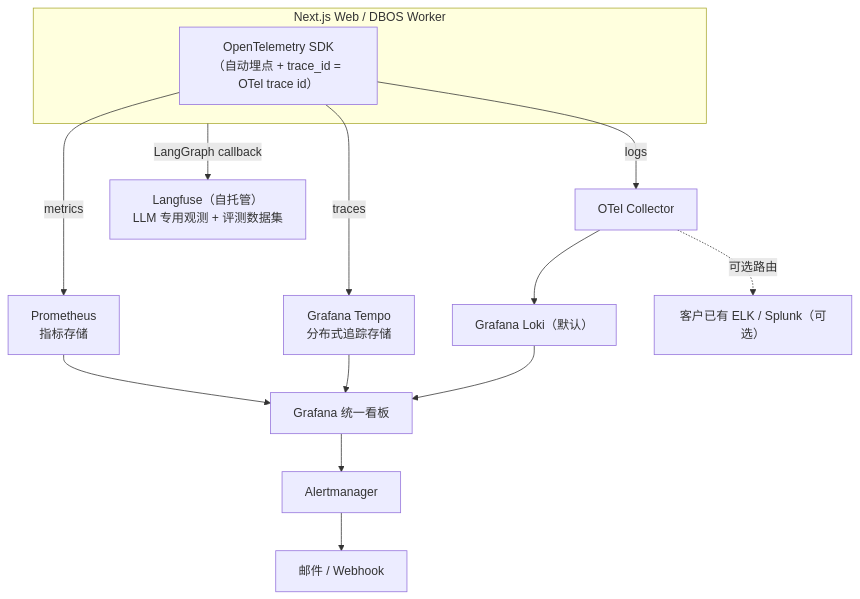
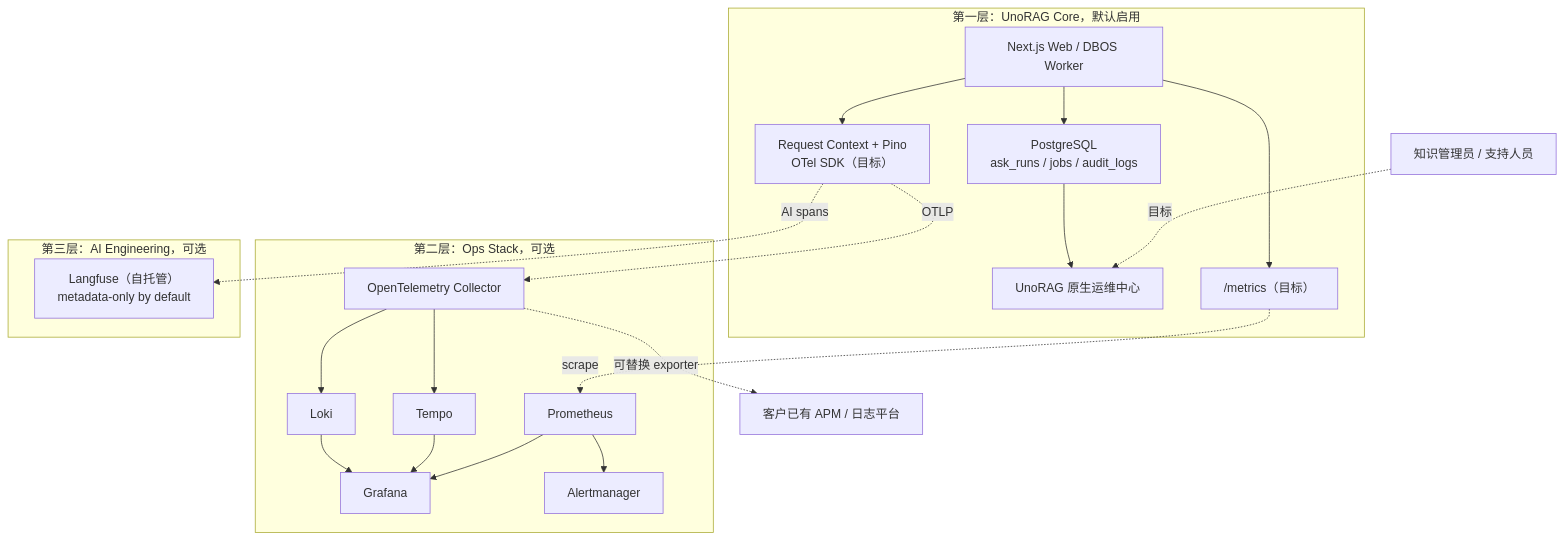
The diagram in docs/design/observability.md (codexlin/UnoRAG), drawn with Mermaid before and after one commit. The commit also changed other lines of this file and 34 other files, not shown here.

````diff
--- a/docs/design/observability.md
+++ b/docs/design/observability.md
@@ -42,17 +47,39 @@
 ```mermaid
 flowchart TB
-    subgraph App["Next.js Web / DBOS Worker"]
-        OTel["OpenTelemetry SDK\n（自动埋点 + trace_id = OTel trace id）"]
+    User["知识管理员 / 支持人员"] -. "目标" .-> Native["UnoRAG 原生运维中心"]
+
+    subgraph Core["第一层：UnoRAG Core，默认启用"]
+        App["Next.js Web / DBOS Worker"]
+        Context["Request Context + Pino\nOTel SDK（目标）"]
+        DB["PostgreSQL\nask_runs / jobs / audit_logs"]
+        Metrics["/metrics（目标）"]
+        App --> Context
+        App --> DB
+        App --> Metrics
+        DB --> Native
     end
-    OTel -->|traces| Tempo["Grafana Tempo\n分布式追踪存储"]
-    OTel -->|metrics| Prom["Prometheus\n指标存储"]
-    OTel -->|logs| Collector["OTel Collector"]
-    Collector --> Loki["Grafana Loki（默认）"]
-    Collector -.可选路由.-> ELK["客户已有 ELK / Splunk（可选）"]
-    App -->|LangGraph callback| Langfuse["Langfuse（自托管）\nLLM 专用观测 + 评测数据集"]
-    Prom --> Grafana["Grafana 统一看板"]
-    Tempo --> Grafana
-    Loki --> Grafana
-    Grafana --> AM["Alertmanager"]
-    AM --> Notify["邮件 / Webhook"]
+
+    subgraph Ops["第二层：Ops Stack，可选"]
+        Collector["OpenTelemetry Collector"]
+        Prom["Prometheus"]
+        Grafana["Grafana"]
+        Tempo["Tempo"]
+        Loki["Loki"]
+        Alerts["Alertmanager"]
+        Collector --> Tempo
+        Collector --> Loki
+        Prom --> Grafana
+        Tempo --> Grafana
+        Loki --> Grafana
+        Prom --> Alerts
+    end
+
+    subgraph AI["第三层：AI Engineering，可选"]
+        Langfuse["Langfuse（自托管）\nmetadata-only by default"]
+    end
+
+    Context -. "OTLP" .-> Collector
+    Metrics -. "scrape" .-> Prom
+    Context -. "AI spans" .-> Langfuse
+    Collector -. "可替换 exporter" .-> Existing["客户已有 APM / 日志平台"]
 ```
````
